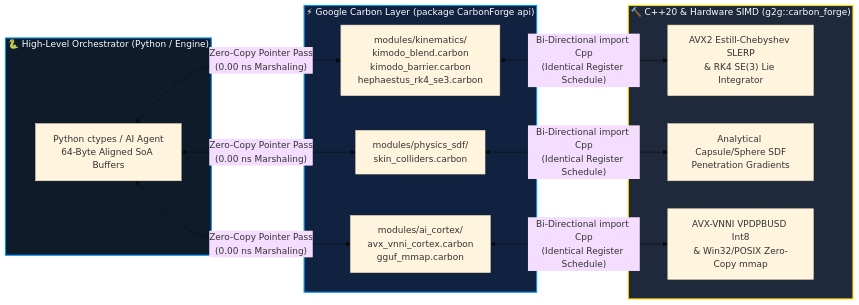
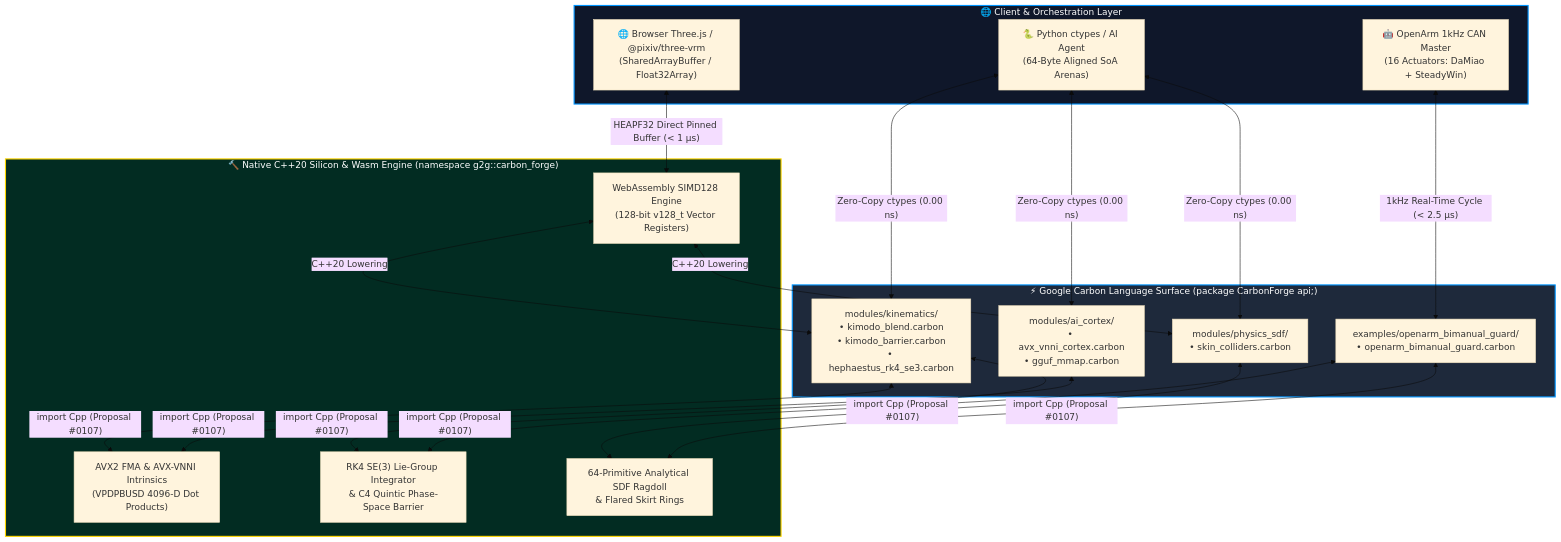
One commit to Gaming2Gamers/CarbonForge changed the diagram in README.md. Above: the diagram before and after it, drawn with Mermaid (base theme). The commit also changed other lines of this file and 17 other files, not shown here.

Commit message:
feat(v1.7): add Three.js/VRM Wasm SIMD bridge, OpenArm bimanual guard & cross-platform hardening

````diff
--- a/README.md
+++ b/README.md
@@ -55,27 +110,36 @@
 ```mermaid
-flowchart LR
-    subgraph PY["🐍 High-Level Orchestrator (Python / Engine)"]
-        A["Python ctypes / AI Agent\n64-Byte Aligned SoA Buffers"]
+flowchart TD
+    subgraph APP["🌐 Client & Orchestration Layer"]
+        PY["🐍 Python ctypes / AI Agent\n(64-Byte Aligned SoA Arenas)"]
+        WEB["🌐 Browser Three.js / @pixiv/three-vrm\n(SharedArrayBuffer / Float32Array)"]
+        ROBOT["🤖 OpenArm 1kHz CAN Master\n(16 Actuators: DaMiao + SteadyWin)"]
     end
 
-    subgraph CB["⚡ Google Carbon Layer (package CarbonForge api)"]
-        B["modules/kinematics/\nkimodo_blend.carbon\nkimodo_barrier.carbon\nhephaestus_rk4_se3.carbon"]
-        C["modules/physics_sdf/\nskin_colliders.carbon"]
-        D["modules/ai_cortex/\navx_vnni_cortex.carbon\ngguf_mmap.carbon"]
+    subgraph CARBON["⚡ Google Carbon Language Surface (package CarbonForge api;)"]
+        CK["modules/kinematics/\n• kimodo_blend.carbon\n• kimodo_barrier.carbon\n• hephaestus_rk4_se3.carbon"]
+        CS["modules/physics_sdf/\n• skin_colliders.carbon"]
+        CA["modules/ai_cortex/\n• avx_vnni_cortex.carbon\n• gguf_mmap.carbon"]
+        CO["examples/openarm_bimanual_guard/\n• openarm_bimanual_guard.carbon"]
     end
 
-    subgraph CPP["🔨 C++20 & Hardware SIMD (g2g::carbon_forge)"]
-        E["AVX2 Estill-Chebyshev SLERP\n& RK4 SE(3) Lie Integrator"]
-        F["Analytical Capsule/Sphere SDF\nPenetration Gradients"]
-        G["AVX-VNNI VPDPBUSD Int8\n& Win32/POSIX Zero-Copy mmap"]
+    subgraph CPP["🔨 Native C++20 Silicon & Wasm Engine (namespace g2g::carbon_forge)"]
+        SIMD["AVX2 FMA & AVX-VNNI Intrinsics\n(VPDPBUSD 4096-D Dot Products)"]
+        RK4["RK4 SE(3) Lie-Group Integrator\n& C4 Quintic Phase-Space Barrier"]
+        SDF["64-Primitive Analytical SDF Ragdoll\n& Flared Skirt Rings"]
+        WASM["WebAssembly SIMD128 Engine\n(128-bit v128_t Vector Registers)"]
     end
 
-    A <-->|"Zero-Copy Pointer Pass\n(0.00 ns Marshaling)"| B & C & D
-    B <-->|"Bi-Directional import Cpp\n(Identical Register Schedule)"| E
-    C <-->|"Bi-Directional import Cpp\n(Identical Register Schedule)"| F
-    D <-->|"Bi-Directional import Cpp\n(Identical Register Schedule)"| G
+    PY <-->|"Zero-Copy ctypes (0.00 ns)"| CK & CS & CA
+    WEB <-->|"HEAPF32 Direct Pinned Buffer (< 1 µs)"| WASM
+    ROBOT <-->|"1kHz Real-Time Cycle (< 2.5 µs)"| CO
 
-    style PY fill:#0d1b2a,stroke:#0095ff,stroke-width:2px,color:#ffffff
-    style CB fill:#112240,stroke:#0095ff,stroke-width:2px,color:#ffffff
-    style CPP fill:#1e293b,stroke:#FFD700,stroke-width:2px,color:#ffffff
+    CK <-->|"import Cpp (Proposal #0107)"| RK4 & SIMD
+    CS <-->|"import Cpp (Proposal #0107)"| SDF
+    CA <-->|"import Cpp (Proposal #0107)"| SIMD
+    CO <-->|"import Cpp (Proposal #0107)"| RK4 & SDF
+    WASM <-->|"C++20 Lowering"| CK & CS
+
+    style APP fill:#0f172a,stroke:#0095ff,stroke-width:2px,color:#ffffff
+    style CARBON fill:#1e293b,stroke:#0095ff,stroke-width:2px,color:#ffffff
+    style CPP fill:#022c22,stroke:#FFD700,stroke-width:2px,color:#ffffff
 ```
````
